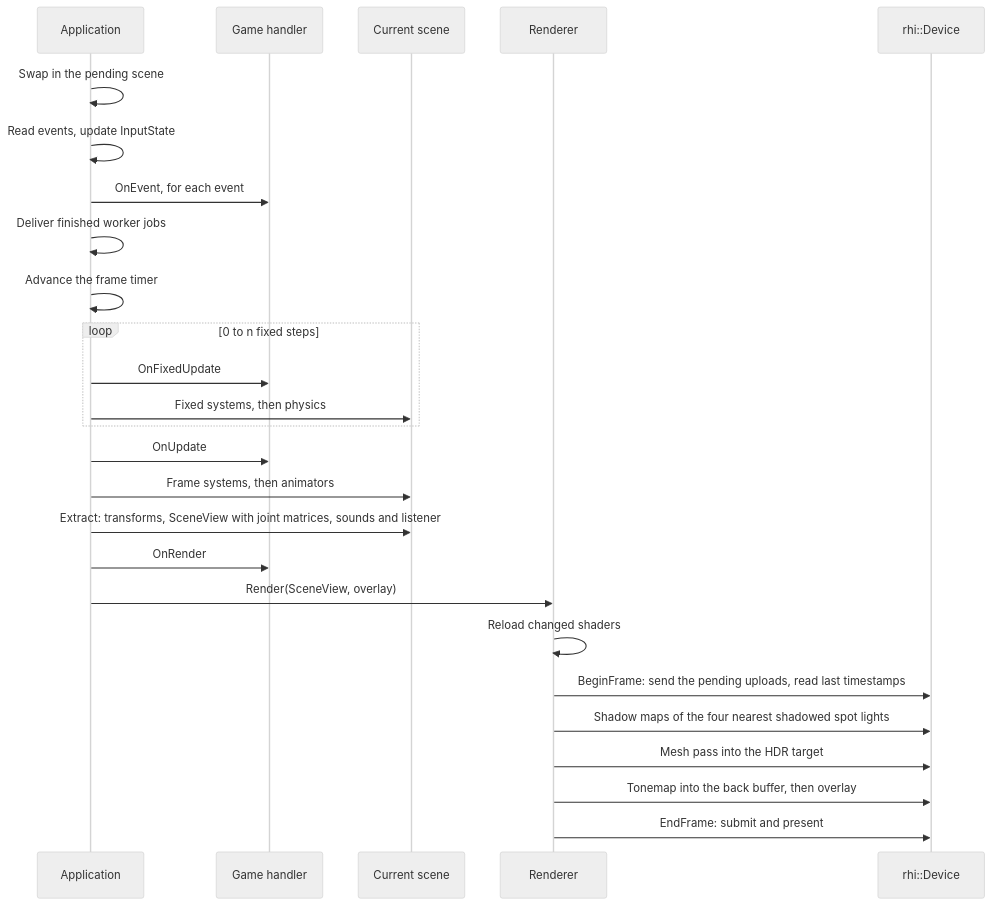
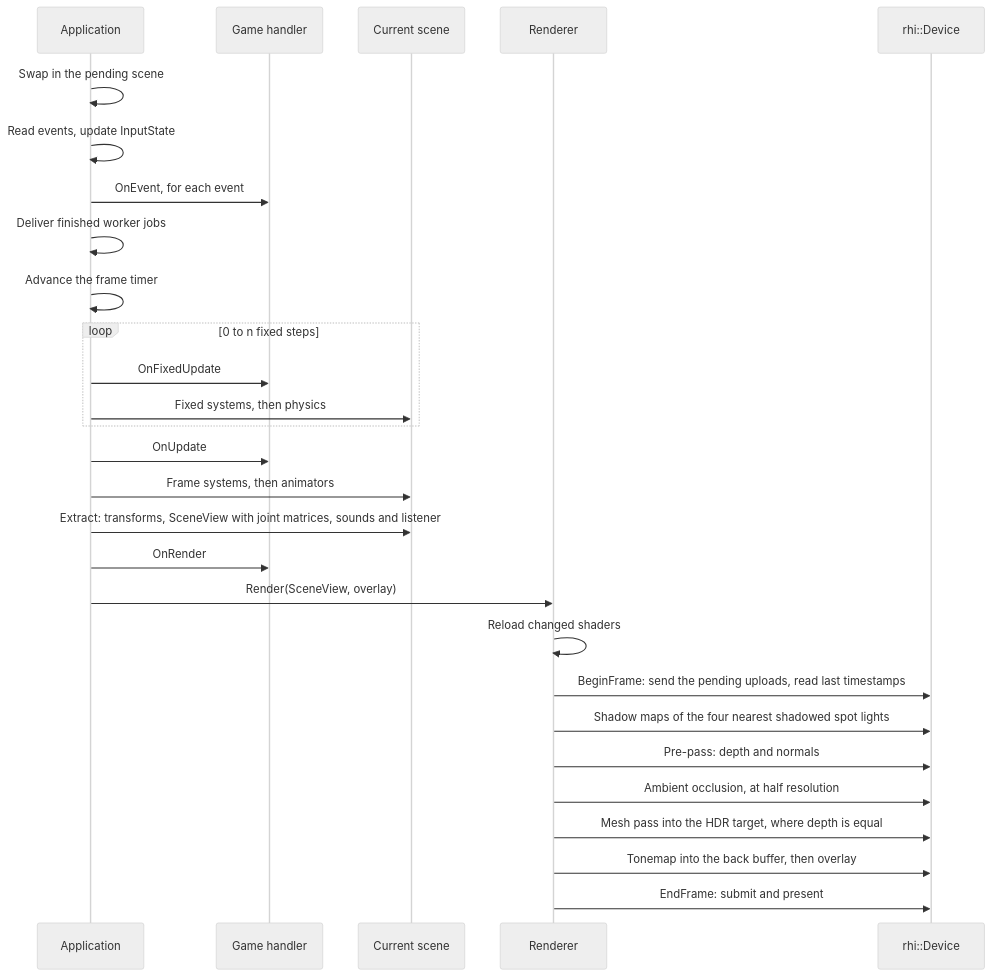
Before and after one commit to SBXdev3D/daidalos-engine-next: the third of 8 diagrams in docs/ARCHITECTURE.md, drawn with Mermaid (neutral theme). The commit also changed other lines of this file and 8 other files, not shown here.

First line of the commit message:
Document clustering, the pre-pass and ambient occlusion

````diff
--- a/docs/ARCHITECTURE.md
+++ b/docs/ARCHITECTURE.md
@@ -65,29 +65,31 @@
 ```mermaid
 sequenceDiagram
     participant A as Application
     participant G as Game handler
     participant S as Current scene
     participant R as Renderer
     participant D as rhi::Device
 
     A->>A: Swap in the pending scene
     A->>A: Read events, update InputState
     A->>G: OnEvent, for each event
     A->>A: Deliver finished worker jobs
     A->>A: Advance the frame timer
     loop 0 to n fixed steps
         A->>G: OnFixedUpdate
         A->>S: Fixed systems, then physics
     end
     A->>G: OnUpdate
     A->>S: Frame systems, then animators
     A->>S: Extract: transforms, SceneView with joint matrices, sounds and listener
     A->>G: OnRender
     A->>R: Render(SceneView, overlay)
     R->>R: Reload changed shaders
     R->>D: BeginFrame: send the pending uploads, read last timestamps
     R->>D: Shadow maps of the four nearest shadowed spot lights
-    R->>D: Mesh pass into the HDR target
+    R->>D: Pre-pass: depth and normals
+    R->>D: Ambient occlusion, at half resolution
+    R->>D: Mesh pass into the HDR target, where depth is equal
     R->>D: Tonemap into the back buffer, then overlay
     R->>D: EndFrame: submit and present
 ```
````
